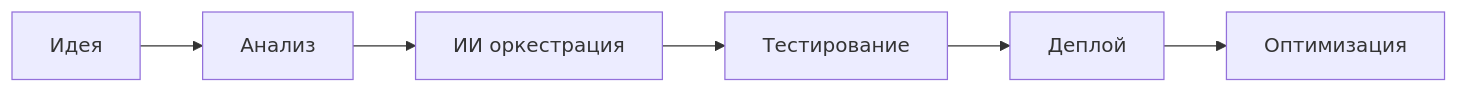
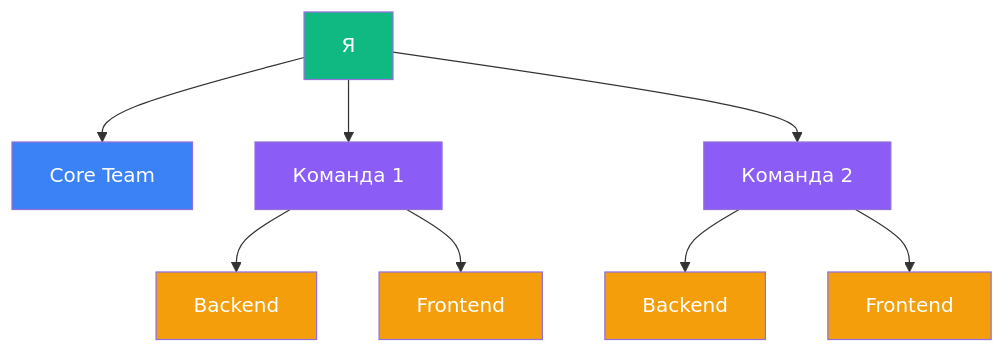
One commit to liperri/performance-review changed the second of 4 diagrams in README.md. Above: the diagram before and after it, drawn with Mermaid. The commit also changed other lines of this file, not shown here.

Commit message:
Revise team interaction flowchart in README
Updated the flowchart to reflect team structure and interactions.

````diff
--- a/README.md
+++ b/README.md
@@ -54,8 +54,19 @@
 ```mermaid
-flowchart LR
-    A[Идея] --> B[Анализ]
-    B --> C[ИИ оркестрация]
-    C --> D[Тестирование]
-    D --> E[Деплой]
-    E --> F[Оптимизация]
+flowchart TD
+    A[Я] --> B[Core Team]
+    A --> C[Команда 1]
+    A --> D[Команда 2]
+    C --> E[Backend]
+    C --> F[Frontend]
+    D --> G[Backend]
+    D --> H[Frontend]
+
+    style A fill:#10b981,color:#fff
+    style B fill:#3b82f6,color:#fff
+    style C fill:#8b5cf6,color:#fff
+    style D fill:#8b5cf6,color:#fff
+    style E fill:#f59e0b,color:#fff
+    style F fill:#f59e0b,color:#fff
+    style G fill:#f59e0b,color:#fff
+    style H fill:#f59e0b,color:#fff
 ```
````
